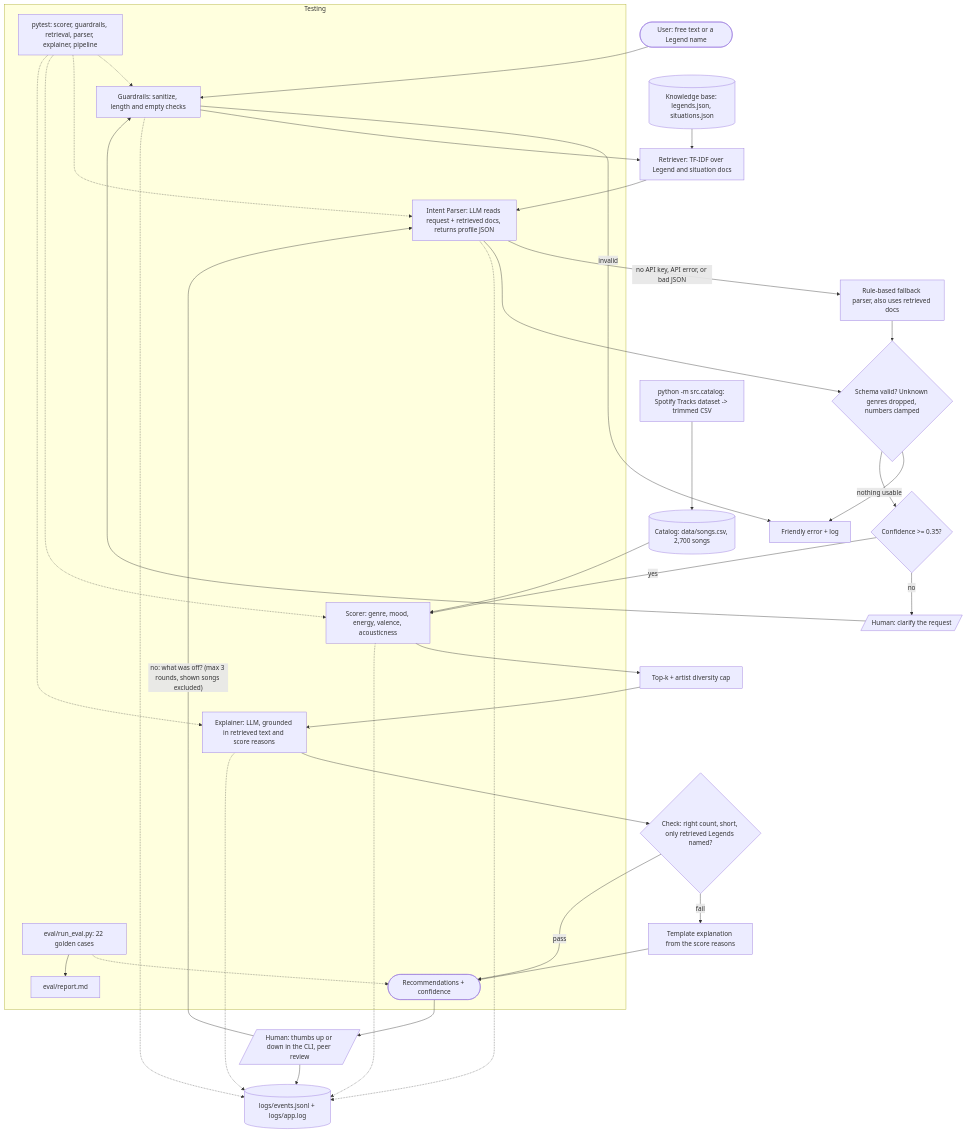
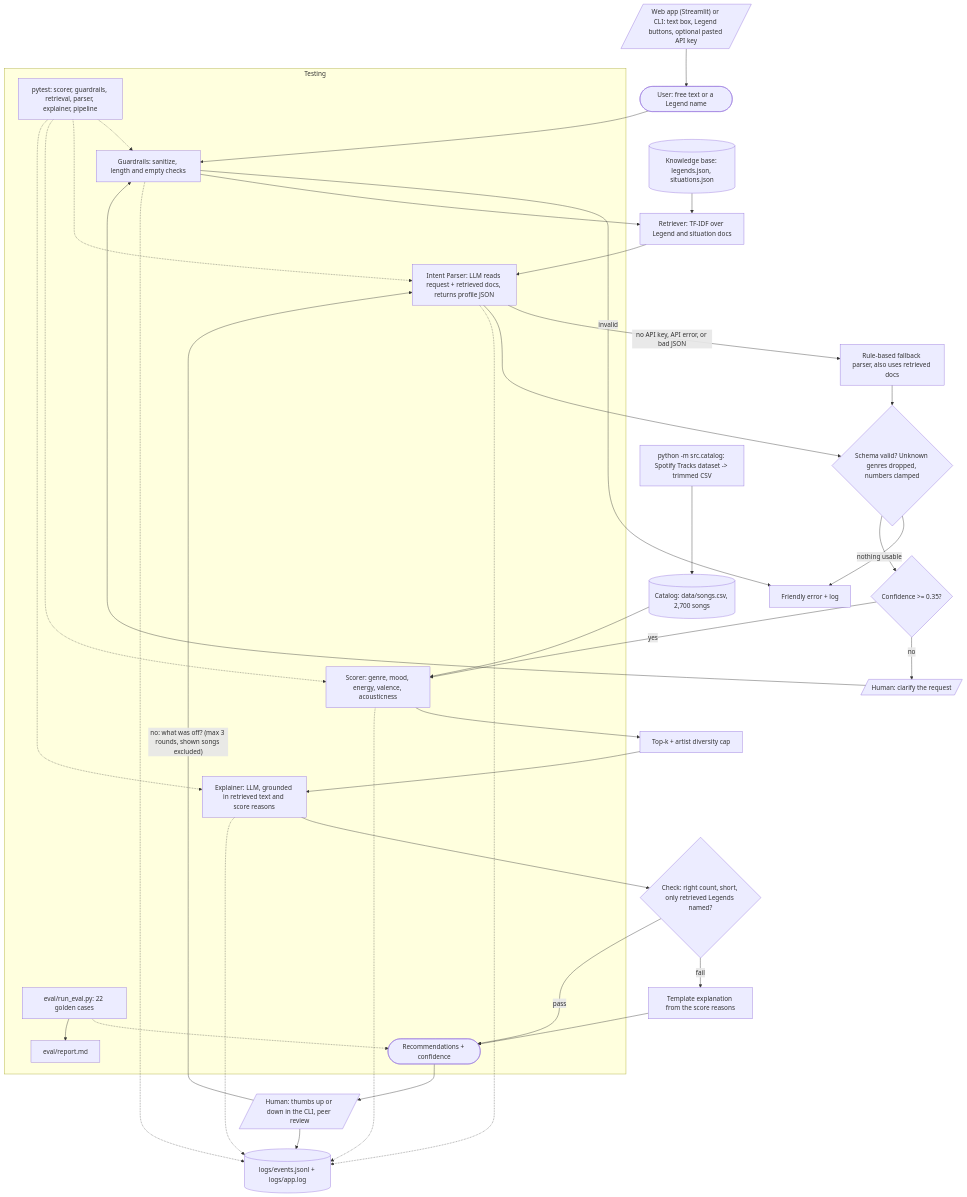
Before and after one commit to SideSideAngle/ai110-finalproject: the diagram in docs/system_diagram.md, drawn with Mermaid. The commit also changed other lines of this file and 2 other files, not shown here.

Commit message:
Document the web app and refresh the eval report and diagram

````diff
--- a/docs/system_diagram.md
+++ b/docs/system_diagram.md
@@ -5,39 +5,40 @@
 ```mermaid
 flowchart TD
+    UI[/"Web app (Streamlit) or CLI: text box, Legend buttons, optional pasted API key"/] --> U
     U([User: free text or a Legend name]) --> G[Guardrails: sanitize, length and empty checks]
     G -->|invalid| ERR[Friendly error + log]
     G --> R[Retriever: TF-IDF over Legend and situation docs]
     KB[(Knowledge base: legends.json, situations.json)] --> R
     R --> P[Intent Parser: LLM reads request + retrieved docs, returns profile JSON]
     P -->|no API key, API error, or bad JSON| FB[Rule-based fallback parser, also uses retrieved docs]
     P --> V{Schema valid? Unknown genres dropped, numbers clamped}
     FB --> V
     V -->|nothing usable| ERR
     V --> CF{Confidence >= 0.35?}
     CF -->|no| H1[/Human: clarify the request/]
     H1 --> G
     CF -->|yes| S[Scorer: genre, mood, energy, valence, acousticness]
     C[(Catalog: data/songs.csv, 2,700 songs)] --> S
     S --> T[Top-k + artist diversity cap]
     T --> X[Explainer: LLM, grounded in retrieved text and score reasons]
     X --> CK{Check: right count, short, only retrieved Legends named?}
     CK -->|fail| TX[Template explanation from the score reasons]
     CK -->|pass| O([Recommendations + confidence])
     TX --> O
     O --> H2[/Human: thumbs up or down in the CLI, peer review/]
     H2 -->|"no: what was off? (max 3 rounds, shown songs excluded)"| P
     H2 --> LOG[(logs/events.jsonl + logs/app.log)]
     G -.-> LOG
     P -.-> LOG
     S -.-> LOG
     X -.-> LOG
     subgraph Testing
       UT[pytest: scorer, guardrails, retrieval, parser, explainer, pipeline] -.-> G
       UT -.-> P
       UT -.-> S
       UT -.-> X
       EV[eval/run_eval.py: 22 golden cases] -.-> O
       EV --> RP[eval/report.md]
     end
     BC[python -m src.catalog: Spotify Tracks dataset -> trimmed CSV] --> C
 ```
````
